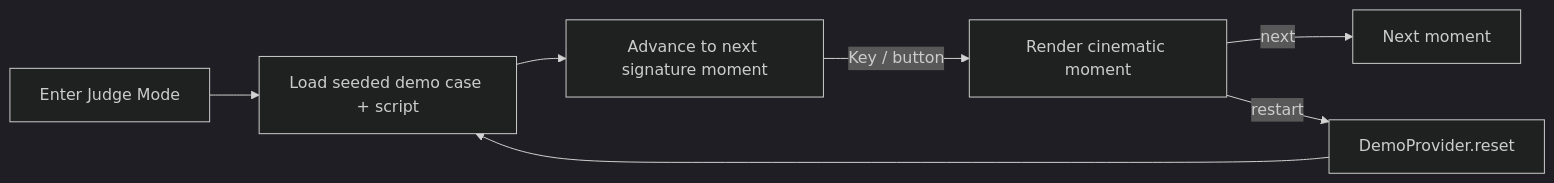
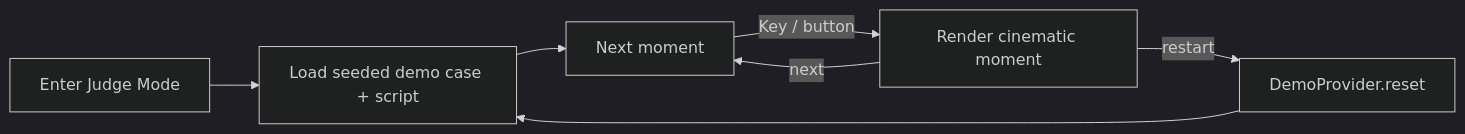
Before and after one commit to NERIS-v/INDAGO: the tenth of 16 diagrams in docs/frontend-development-plan.md, drawn with Mermaid (dark theme). The commit also changed other lines of this file and 1 other file, not shown here.

````diff
--- a/docs/frontend-development-plan.md
+++ b/docs/frontend-development-plan.md
@@ -897,9 +1585,9 @@
 ```mermaid
 flowchart LR
-  START[Enter Judge Mode] --> LOAD[Load seeded demo case + script]
-  LOAD --> STEP[Advance to next signature moment]
-  STEP -->|Key / button| MOMENT[Render cinematic moment]
-  MOMENT -->|next| STEP2[Next moment]
-  MOMENT -->|restart| RESET[DemoProvider.reset]
+  START["Enter Judge Mode"] --> LOAD["Load seeded demo case + script"]
+  LOAD --> STEP["Advance to next signature moment"]
+  STEP -->|"Key / button"| MOMENT["Render cinematic moment"]
+  MOMENT -->|"next"| STEP["Next moment"]
+  MOMENT -->|"restart"| RESET["DemoProvider.reset"]
   RESET --> LOAD
 ```
````
